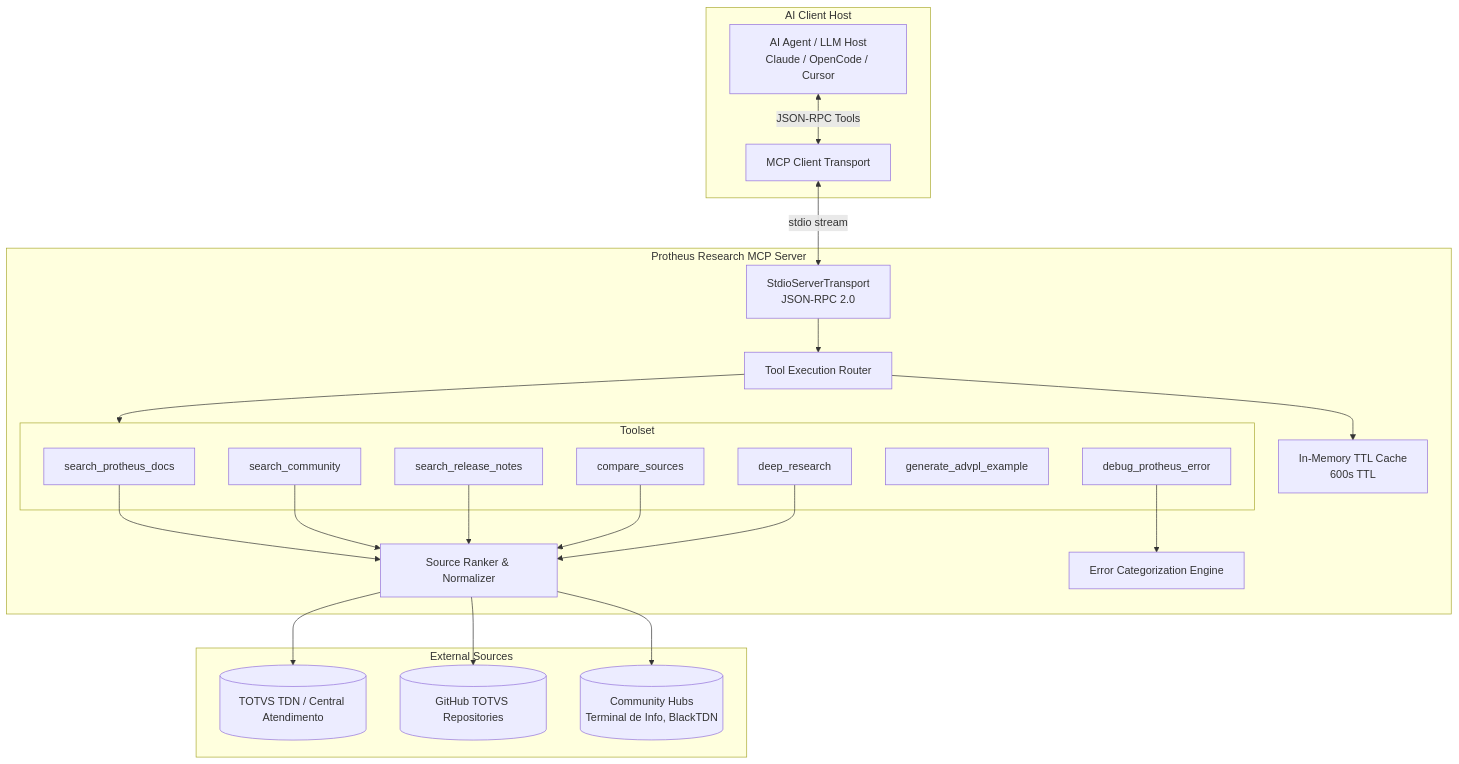
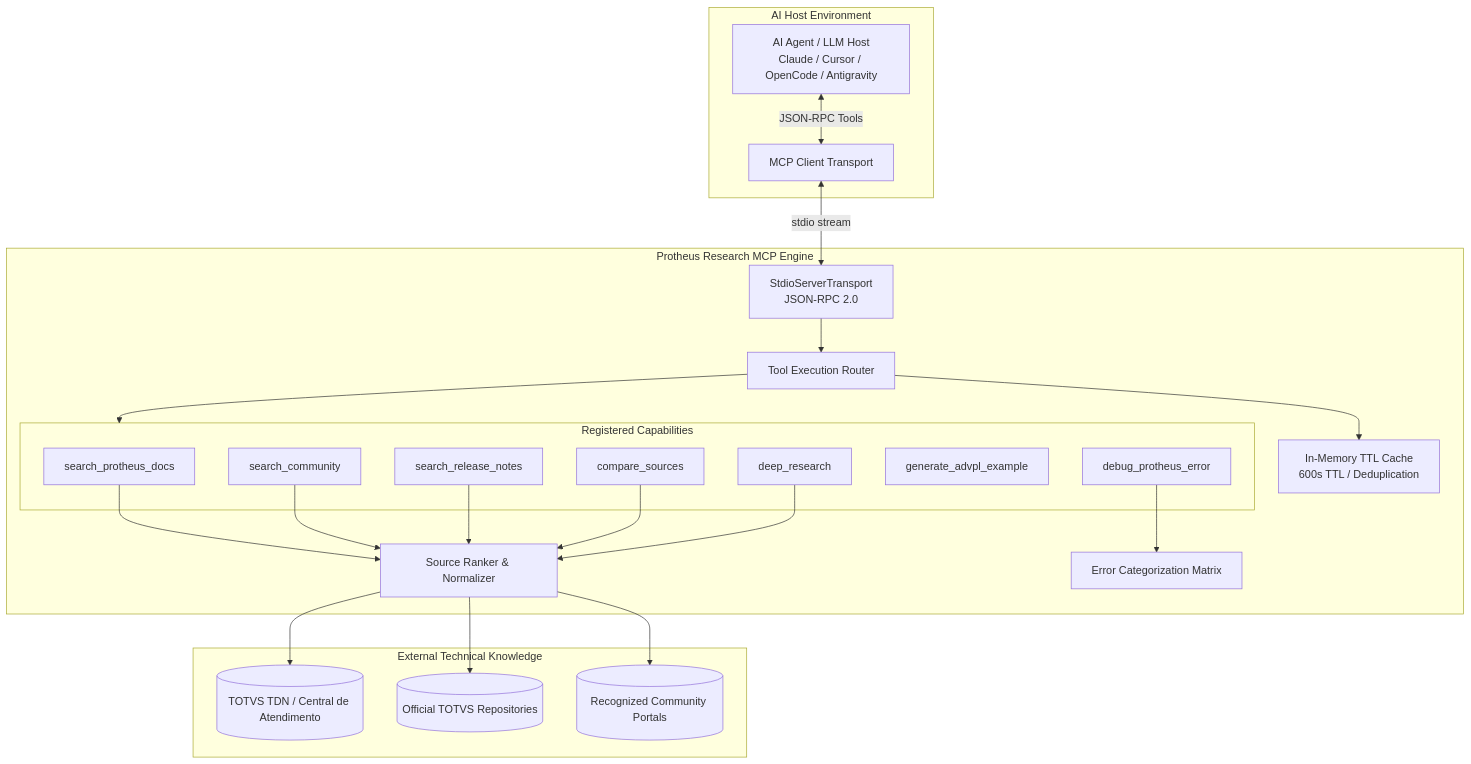
One commit to limaduzz11/protheus-research changed the first of 2 diagrams in README.md. Above: the diagram before and after it, drawn with Mermaid. The commit also changed other lines of this file and 3 other files, not shown here.

Commit message:
docs(mcp): align architectural concept, remove client wiring guides and set proprietary license

````diff
--- a/README.md
+++ b/README.md
@@ -16,41 +51,41 @@
 ```mermaid
 graph TD
-    subgraph AI Client Host
-        LLM[AI Agent / LLM Host<br/>Claude / OpenCode / Cursor]
+    subgraph AI Host Environment
+        Agent[AI Agent / LLM Host<br/>Claude / Cursor / OpenCode / Antigravity]
         ClientTransport[MCP Client Transport]
     end
 
-    subgraph Protheus Research MCP Server
+    subgraph Protheus Research MCP Engine
         StdioTransport[StdioServerTransport<br/>JSON-RPC 2.0]
         Router[Tool Execution Router]
-        Cache[In-Memory TTL Cache<br/>600s TTL]
+        Cache[In-Memory TTL Cache<br/>600s TTL / Deduplication]
         
-        subgraph Toolset
+        subgraph Toolset [Registered Capabilities]
             T1[search_protheus_docs]
             T2[search_community]
             T3[search_release_notes]
             T4[compare_sources]
             T5[deep_research]
             T6[generate_advpl_example]
             T7[debug_protheus_error]
         end
 
         Ranker[Source Ranker & Normalizer]
-        Heuristic[Error Categorization Engine]
+        Heuristic[Error Categorization Matrix]
     end
 
-    subgraph External Sources
-        TDN[(TOTVS TDN / Central Atendimento)]
-        GH[(GitHub TOTVS Repositories)]
-        COMM[(Community Hubs<br/>Terminal de Info, BlackTDN)]
+    subgraph External Technical Knowledge
+        TDN[(TOTVS TDN / Central de Atendimento)]
+        GH[(Official TOTVS Repositories)]
+        COMM[(Recognized Community Portals)]
     end
 
-    LLM <-->|JSON-RPC Tools| ClientTransport
+    Agent <-->|JSON-RPC Tools| ClientTransport
     ClientTransport <-->|stdio stream| StdioTransport
     StdioTransport --> Router
     Router --> Cache
     Router --> Toolset
     T1 & T2 & T3 & T4 & T5 --> Ranker
     T7 --> Heuristic
     Ranker --> TDN & GH & COMM
 ```
````
